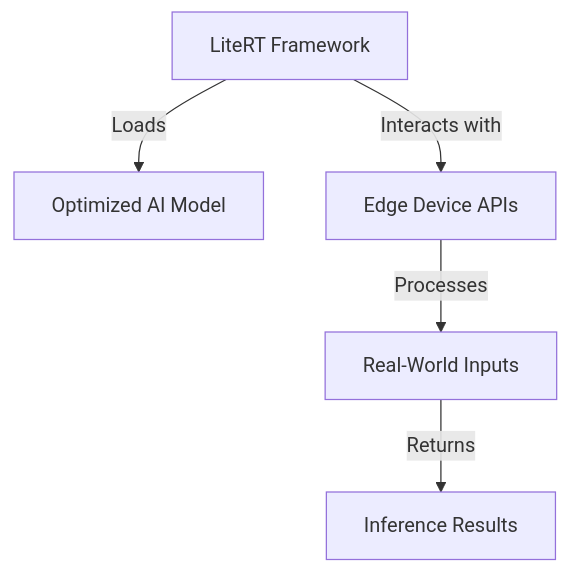
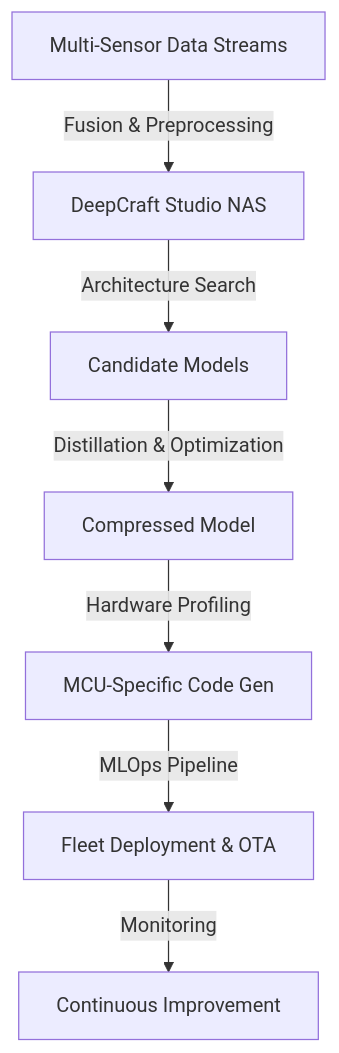
The diagram in core/systems/edge-computing/edge-ai/concepts/frameworks/deepcraft/deepcraftt-core-advanced.md (afondiel/computer-science-notebook), drawn with Mermaid before and after one commit. The commit also changed other lines of this file and 2 other files, not shown here.

Commit message:
core-edge-ai: update deepcraft notes

````diff
--- a/core/systems/edge-computing/edge-ai/concepts/frameworks/deepcraft/deepcraftt-core-advanced.md
+++ b/core/systems/edge-computing/edge-ai/concepts/frameworks/deepcraft/deepcraftt-core-advanced.md
@@ -56,7 +43,9 @@
 ```mermaid
 graph TD
-A[LiteRT Framework] -->|Loads| B[Optimized AI Model]
-A -->|Interacts with| C[Edge Device APIs]
-C -->|Processes| D[Real-World Inputs]
-D -->|Returns| E[Inference Results]
+    A[Multi-Sensor Data Streams] -->|Fusion & Preprocessing| B[DeepCraft Studio NAS]
+    B -->|Architecture Search| C[Candidate Models]
+    C -->|Distillation & Optimization| D[Compressed Model]
+    D -->|Hardware Profiling| E[MCU-Specific Code Gen]
+    E -->|MLOps Pipeline| F[Fleet Deployment & OTA]
+    F -->|Monitoring| G[Continuous Improvement]
 ```
````
